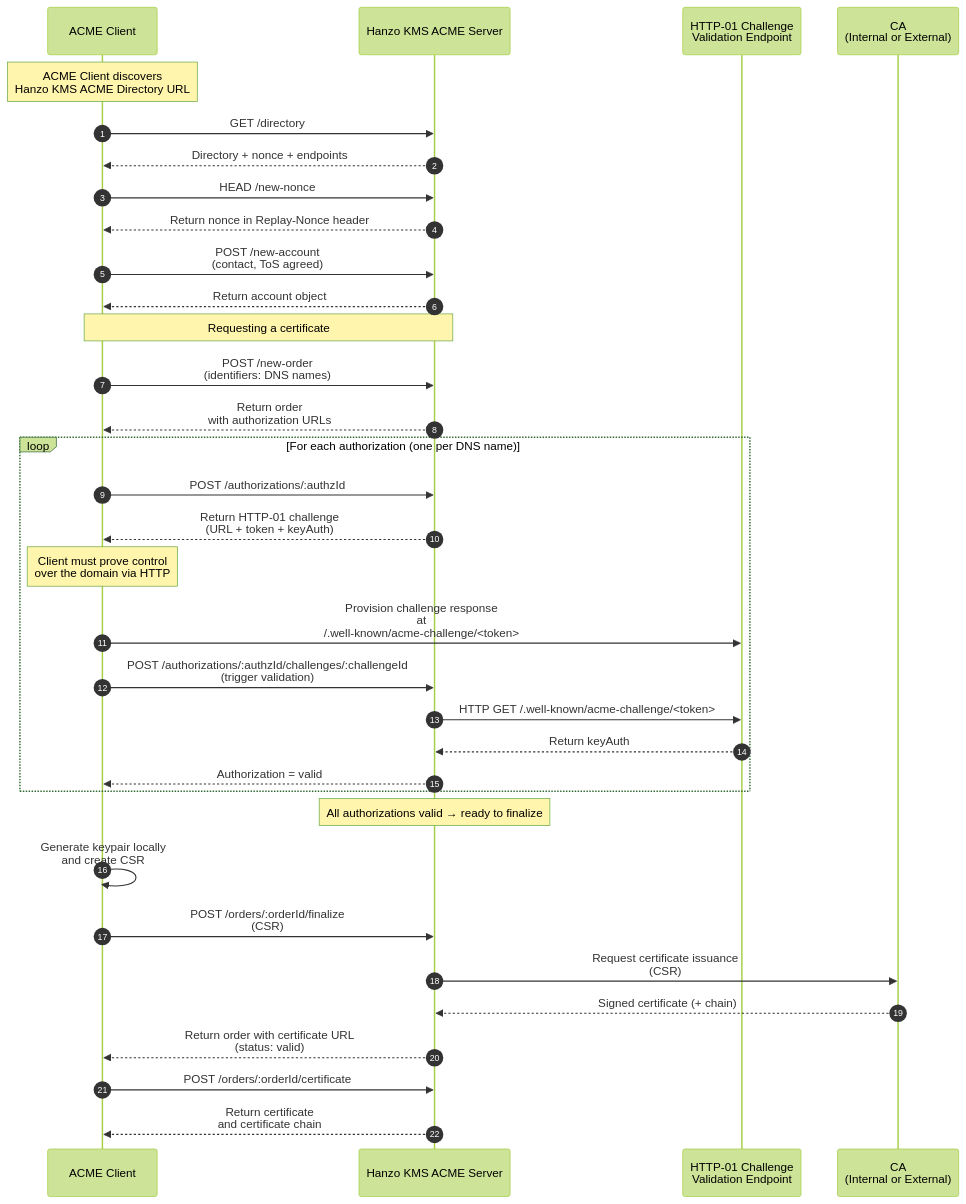
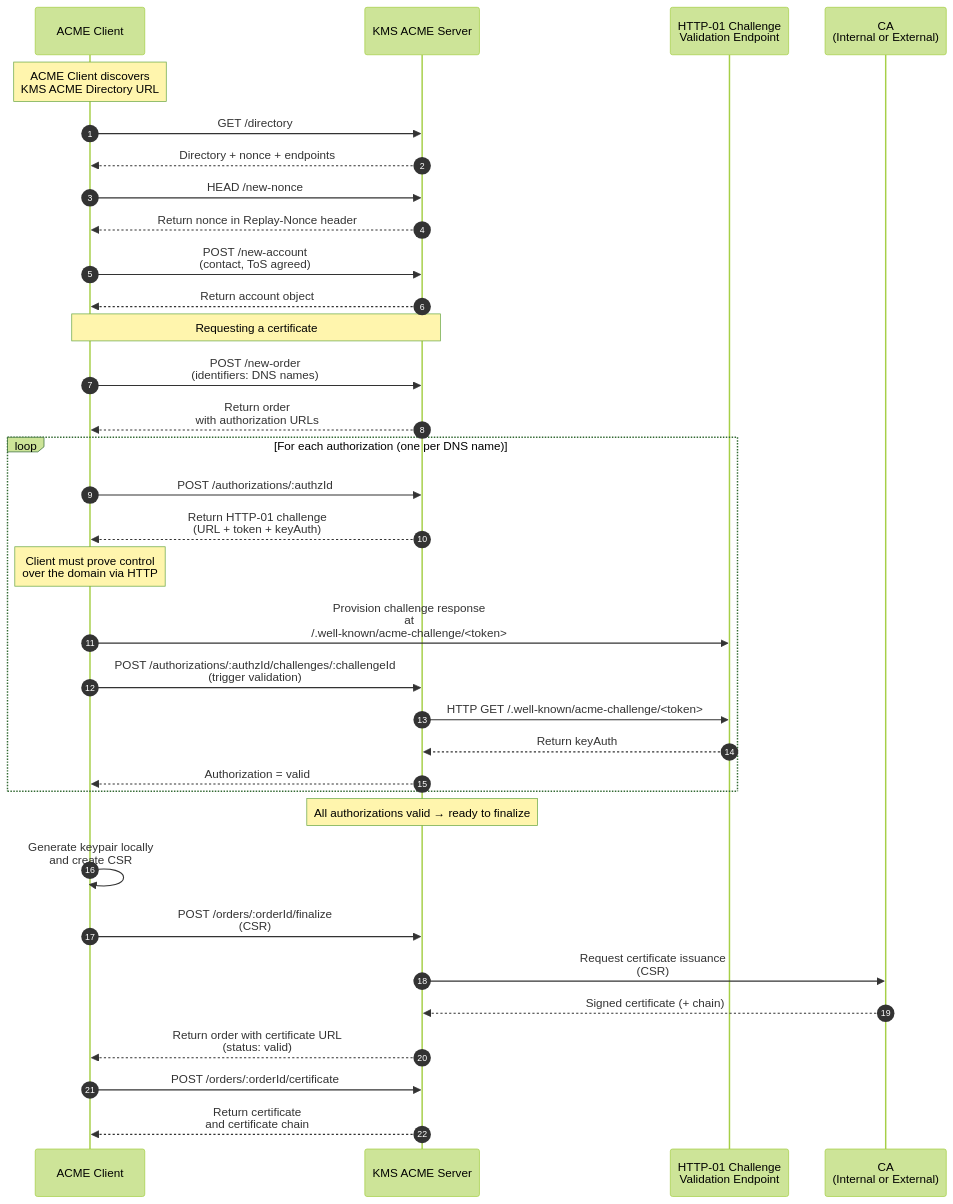
Before and after one commit to hanzoai/kms: the diagram in docs/documentation/platform/pki/guides/request-cert-acme.mdx, drawn with Mermaid (forest theme). The commit also changed other lines of this file and 855 other files, not shown here.

````diff
--- a/docs/documentation/platform/pki/guides/request-cert-acme.mdx
+++ b/docs/documentation/platform/pki/guides/request-cert-acme.mdx
@@ -16,53 +16,53 @@
 ```mermaid
 sequenceDiagram
   autonumber
   participant ACME as ACME Client
-  participant Infis as Hanzo KMS ACME Server
+  participant Infis as KMS ACME Server
   participant Authz as HTTP-01 Challenge<br/>Validation Endpoint
   participant CA as CA<br/>(Internal or External)
 
-  Note over ACME: ACME Client discovers<br/>Hanzo KMS ACME Directory URL
+  Note over ACME: ACME Client discovers<br/>KMS ACME Directory URL
 
   ACME->>Infis: GET /directory
   Infis-->>ACME: Directory + nonce + endpoints
 
   ACME->>Infis: HEAD /new-nonce
   Infis-->>ACME: Return nonce in Replay-Nonce header
 
   ACME->>Infis: POST /new-account<br/>(contact, ToS agreed)
   Infis-->>ACME: Return account object
 
   Note over ACME,Infis: Requesting a certificate
 
   ACME->>Infis: POST /new-order<br/>(identifiers: DNS names)
   Infis-->>ACME: Return order<br/>with authorization URLs
 
   loop For each authorization (one per DNS name)
     ACME->>Infis: POST /authorizations/:authzId
     Infis-->>ACME: Return HTTP-01 challenge<br/>(URL + token + keyAuth)
 
     Note over ACME: Client must prove control<br/>over the domain via HTTP
 
     ACME->>Authz: Provision challenge response<br/>at<br/>/.well-known/acme-challenge/<token>
 
     ACME->>Infis: POST /authorizations/:authzId/challenges/:challengeId<br/>(trigger validation)
 
     Infis->>Authz: HTTP GET /.well-known/acme-challenge/<token>
     Authz-->>Infis: Return keyAuth
 
     Infis-->>ACME: Authorization = valid
   end
 
   Note over Infis: All authorizations valid → ready to finalize
 
   ACME->>ACME: Generate keypair locally<br/>and create CSR
   ACME->>Infis: POST /orders/:orderId/finalize<br/>(CSR)
 
   Infis->>CA: Request certificate issuance<br/>(CSR)
   CA-->>Infis: Signed certificate (+ chain)
 
   Infis-->>ACME: Return order with certificate URL<br/>(status: valid)
 
   ACME->>Infis: POST /orders/:orderId/certificate
   Infis-->>ACME: Return certificate<br/>and certificate chain
 ```
````
